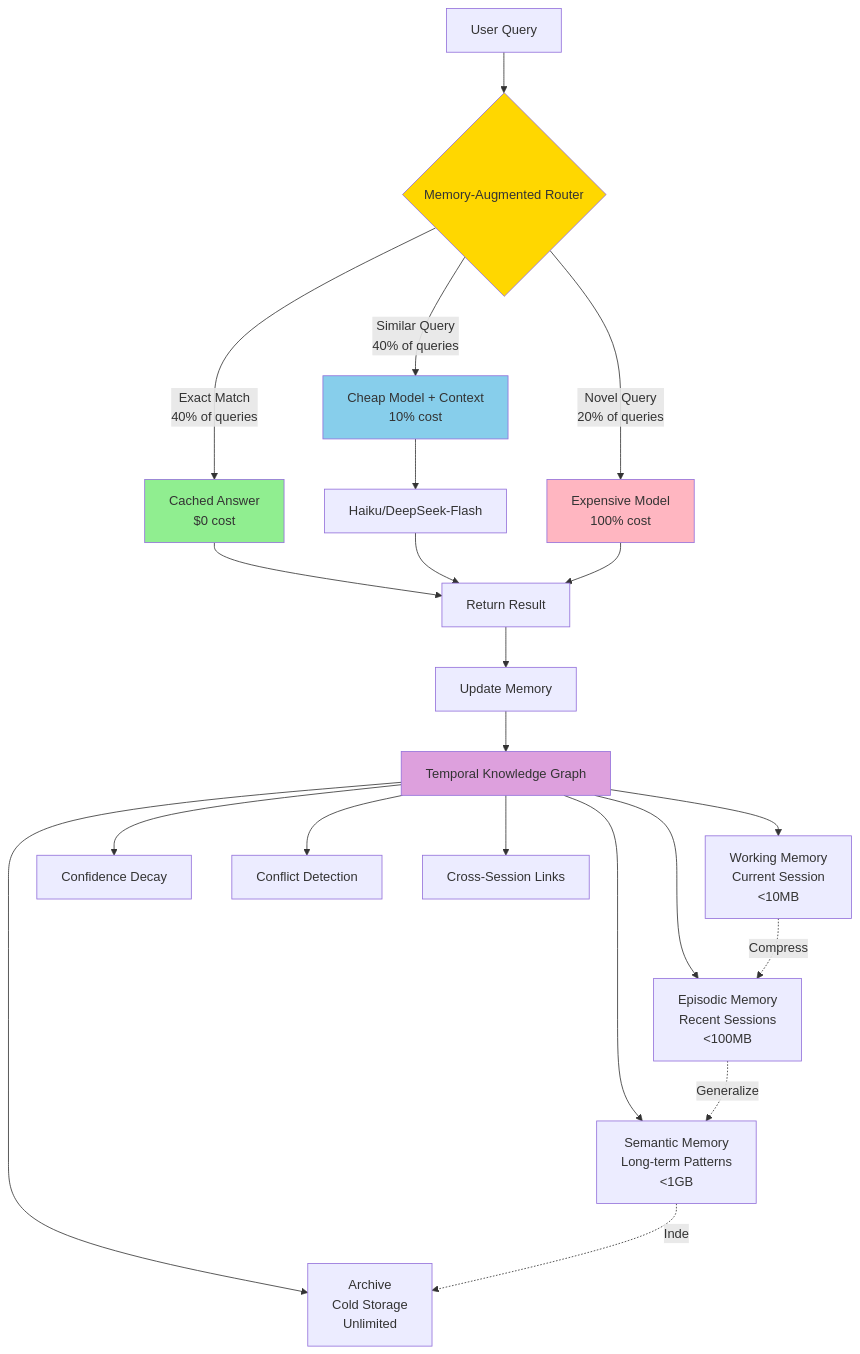
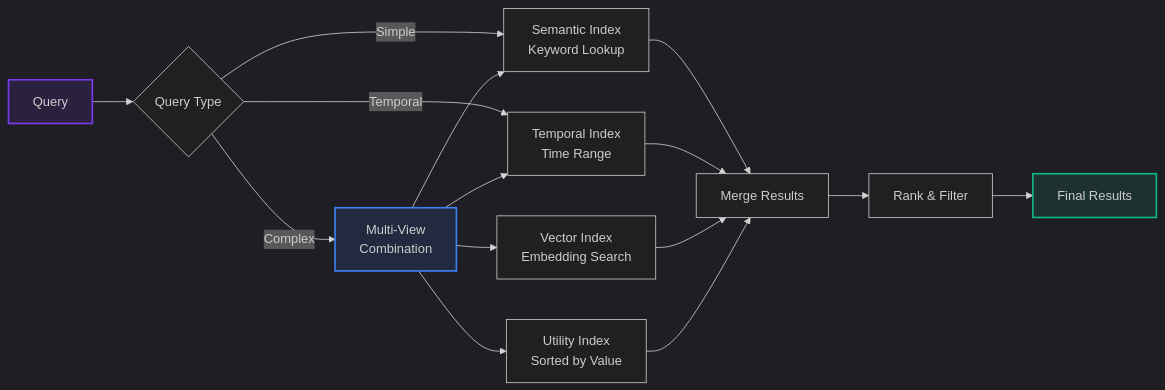
One commit to ndqkhanh/lyra changed the ninth of 22 diagrams in lyra-upgrade/00-architecture/memory-architecture.md. Above: the diagram before and after it, drawn with Mermaid. The commit also changed other lines of this file and 593 other files, not shown here.

````diff
--- a/lyra-upgrade/00-architecture/memory-architecture.md
+++ b/lyra-upgrade/00-architecture/memory-architecture.md
@@ -34,35 +302,26 @@
 ```mermaid
-graph TB
-    Query[User Query] --> Router{Memory-Augmented Router}
-    Router -->|Exact Match<br/>40% of queries| Cache[Cached Answer<br/>$0 cost]
-    Router -->|Similar Query<br/>40% of queries| Augment[Cheap Model + Context<br/>10% cost]
-    Router -->|Novel Query<br/>20% of queries| LLM[Expensive Model<br/>100% cost]
+%%{init: {'theme': 'dark'}}%%
+graph LR
+    Query[Query] --> Router{Query Type}
     
-    Augment --> CheapLLM[Haiku/DeepSeek-Flash]
+    Router -->|Simple| Semantic[Semantic Index<br/>Keyword Lookup]
+    Router -->|Temporal| Temporal[Temporal Index<br/>Time Range]
+    Router -->|Complex| Multi[Multi-View<br/>Combination]
     
-    Cache --> Return[Return Result]
-    CheapLLM --> Return
-    LLM --> Return
+    Multi --> Semantic
+    Multi --> Temporal
+    Multi --> Vector[Vector Index<br/>Embedding Search]
+    Multi --> Utility[Utility Index<br/>Sorted by Value]
     
-    Return --> Update[Update Memory]
-    Update --> TKG[Temporal Knowledge Graph]
+    Semantic --> Merge[Merge Results]
+    Temporal --> Merge
+    Vector --> Merge
+    Utility --> Merge
     
-    TKG --> Working[Working Memory<br/>Current Session<br/><10MB]
-    TKG --> Episodic[Episodic Memory<br/>Recent Sessions<br/><100MB]
-    TKG --> Semantic[Semantic Memory<br/>Long-term Patterns<br/><1GB]
-    TKG --> Archive[Archive<br/>Cold Storage<br/>Unlimited]
+    Merge --> Rank[Rank & Filter]
+    Rank --> Results[Final Results]
     
-    Working -.Compress.-> Episodic
-    Episodic -.Generalize.-> Semantic
-    Semantic -.Index.-> Archive
-    
-    TKG --> Confidence[Confidence Decay]
-    TKG --> Conflict[Conflict Detection]
-    TKG --> CrossSession[Cross-Session Links]
-    
-    style Router fill:#FFD700
-    style Cache fill:#90EE90
-    style Augment fill:#87CEEB
-    style LLM fill:#FFB6C1
-    style TKG fill:#DDA0DD
+    style Query fill:#7c3aed20,stroke:#7c3aed,stroke-width:2px
+    style Multi fill:#3b82f620,stroke:#3b82f6,stroke-width:2px
+    style Results fill:#10b98120,stroke:#10b981,stroke-width:2px
 ```
````
